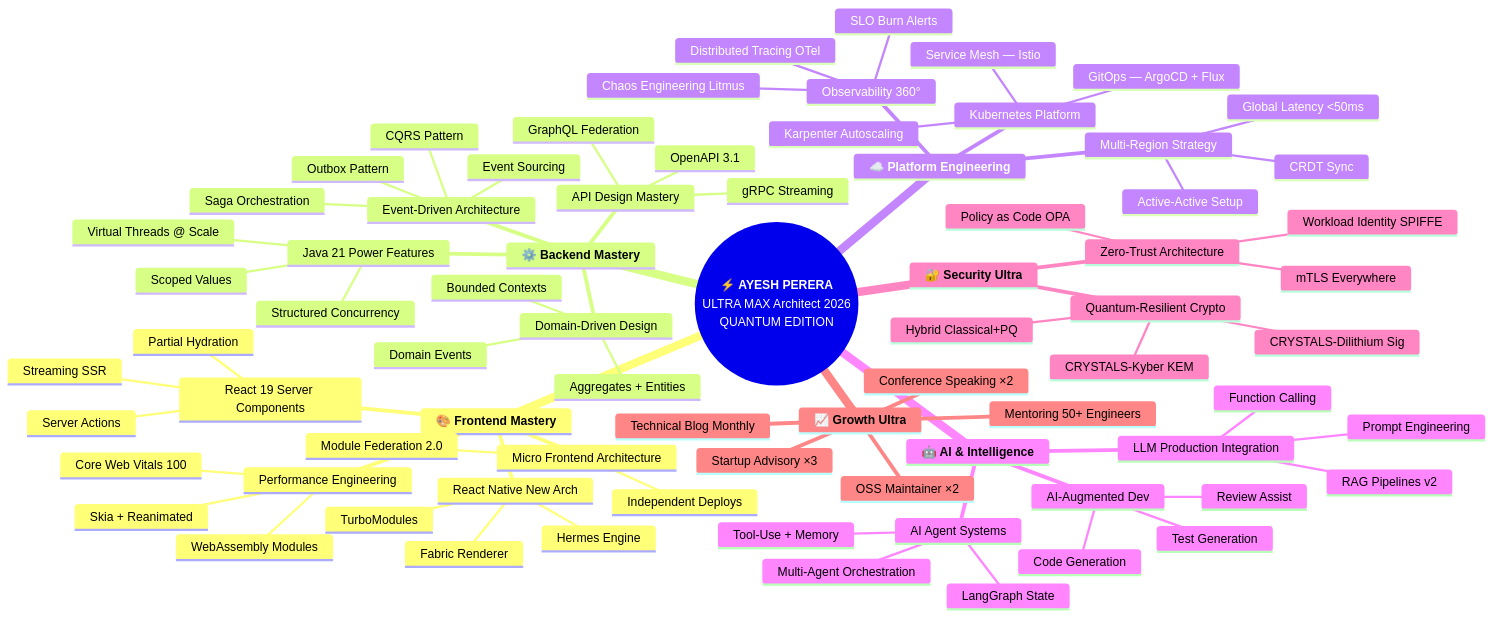
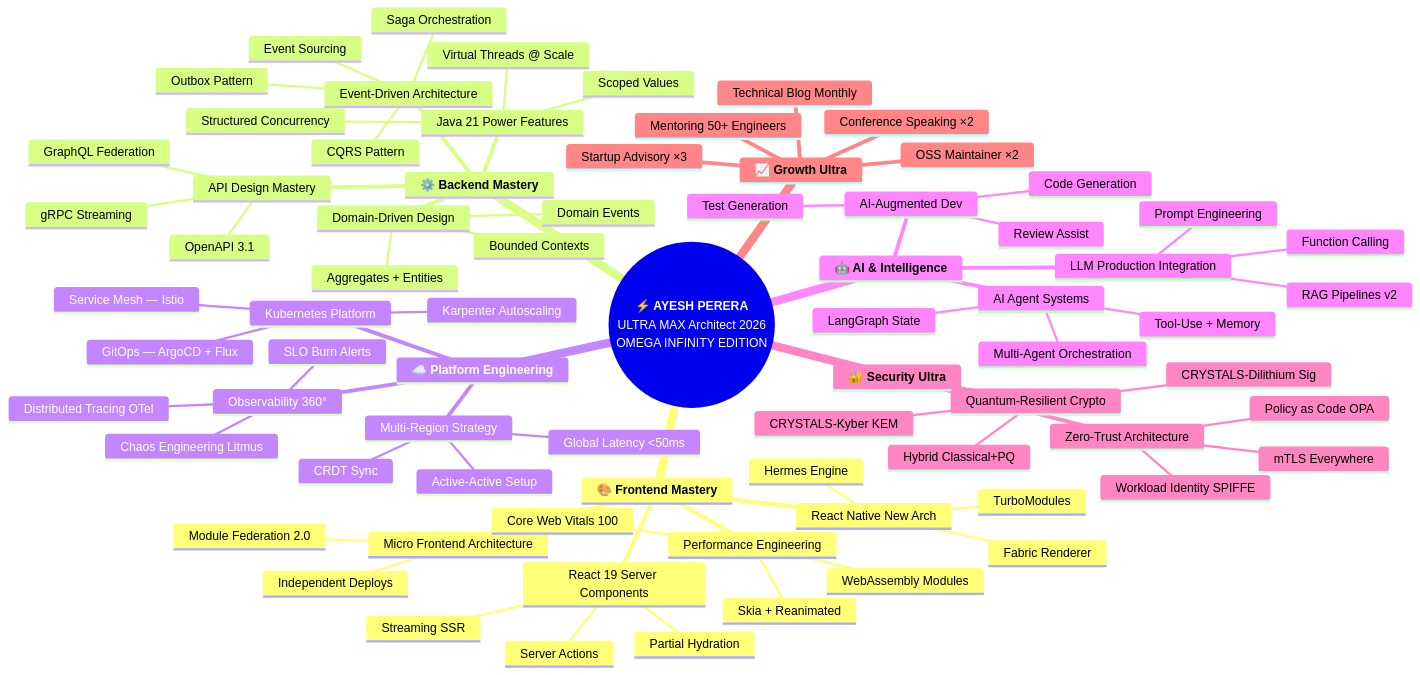
Diagram 15 of 30 in README.md (Ayesh2929/Ayesh2929), drawn with Mermaid before and after one commit. The commit also changed other lines of this file, not shown here.

Commit message:
feat: ULTRA MAX v11.0 OMEGA INFINITY — 8 chars, 30+ objects, 20 charts, vault L2-4 (hex/base64/cipher) + code matrix + badge walls + Sinhala massive advance

````diff
--- a/README.md
+++ b/README.md
@@ -1580,79 +1580,79 @@
 ```mermaid
 mindmap
-  root((**⚡ AYESH PERERA**<br/>ULTRA MAX Architect 2026<br/>QUANTUM EDITION))
+  root((**⚡ AYESH PERERA**<br/>ULTRA MAX Architect 2026<br/>OMEGA INFINITY EDITION))
     **🎨 Frontend Mastery**
       React 19 Server Components
         Streaming SSR
         Partial Hydration
         Server Actions
       Micro Frontend Architecture
         Module Federation 2.0
         Independent Deploys
       Performance Engineering
         Core Web Vitals 100
         WebAssembly Modules
         Skia + Reanimated
       React Native New Arch
         Fabric Renderer
         TurboModules
         Hermes Engine
     **⚙️ Backend Mastery**
       Domain-Driven Design
         Bounded Contexts
         Aggregates + Entities
         Domain Events
       Event-Driven Architecture
         CQRS Pattern
         Event Sourcing
         Outbox Pattern
         Saga Orchestration
       Java 21 Power Features
         Virtual Threads @ Scale
         Structured Concurrency
         Scoped Values
       API Design Mastery
         GraphQL Federation
         gRPC Streaming
         OpenAPI 3.1
     **☁️ Platform Engineering**
       Kubernetes Platform
         Service Mesh — Istio
         GitOps — ArgoCD + Flux
         Karpenter Autoscaling
       Observability 360°
         Distributed Tracing OTel
         Chaos Engineering Litmus
         SLO Burn Alerts
       Multi-Region Strategy
         Active-Active Setup
         Global Latency <50ms
         CRDT Sync
     **🤖 AI & Intelligence**
       LLM Production Integration
         RAG Pipelines v2
         Prompt Engineering
         Function Calling
       AI Agent Systems
         Multi-Agent Orchestration
         Tool-Use + Memory
         LangGraph State
       AI-Augmented Dev
         Code Generation
         Test Generation
         Review Assist
     **🔐 Security Ultra**
       Zero-Trust Architecture
         mTLS Everywhere
         Workload Identity SPIFFE
         Policy as Code OPA
       Quantum-Resilient Crypto
         CRYSTALS-Kyber KEM
         CRYSTALS-Dilithium Sig
         Hybrid Classical+PQ
     **📈 Growth Ultra**
       OSS Maintainer ×2
       Conference Speaking ×2
       Technical Blog Monthly
       Mentoring 50+ Engineers
       Startup Advisory ×3
 ```
````
